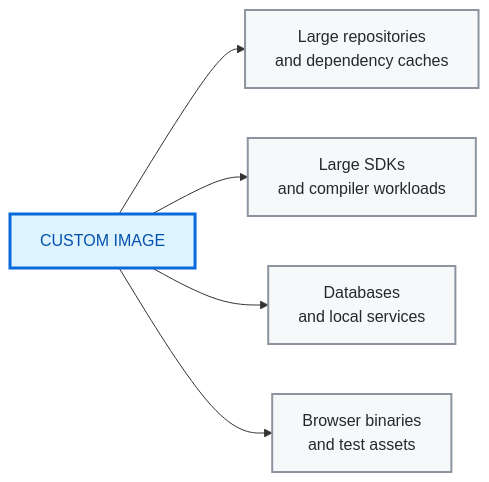
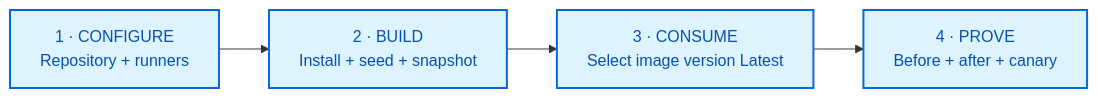
The second of 3 diagrams in README.md (tsvi-solutions/custom_images_examples), drawn with Mermaid before and after one commit. The commit also changed other lines of this file, not shown here.

Commit message:
Revise README.md to enhance clarity on pre-warmed GitHub-hosted runners and their advantages, including detailed comparisons and use cases for custom images.

````diff
--- a/README.md
+++ b/README.md
@@ -226,13 +189,11 @@
 ```mermaid
 flowchart LR
-    Image["CUSTOM IMAGE"]
-    Image --> Repos["Large repositories<br/>and dependency caches"]
-    Image --> SDKs["Large SDKs<br/>and compiler workloads"]
-    Image --> Services["Databases<br/>and local services"]
-    Image --> Tests["Browser binaries<br/>and test assets"]
+    Configure["1 · CONFIGURE<br/>Repository + runners"]
+    Build["2 · BUILD<br/>Install + seed + snapshot"]
+    Consume["3 · CONSUME<br/>Select image version Latest"]
+    Prove["4 · PROVE<br/>Before + after + canary"]
+    Configure --> Build --> Consume --> Prove
 
-    classDef image fill:#ddf4ff,color:#0550ae,stroke:#0969da,stroke-width:3px
-    classDef usecase fill:#f6f8fa,color:#24292f,stroke:#8c959f,stroke-width:2px
-    class Image image
-    class Repos,SDKs,Services,Tests usecase
+    classDef step fill:#ddf4ff,color:#0550ae,stroke:#0969da,stroke-width:2px
+    class Configure,Build,Consume,Prove step
 ```
````
